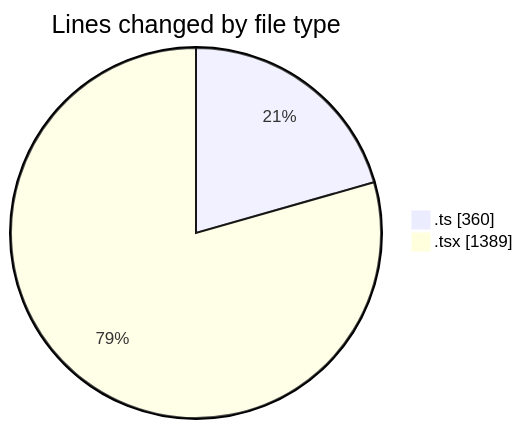
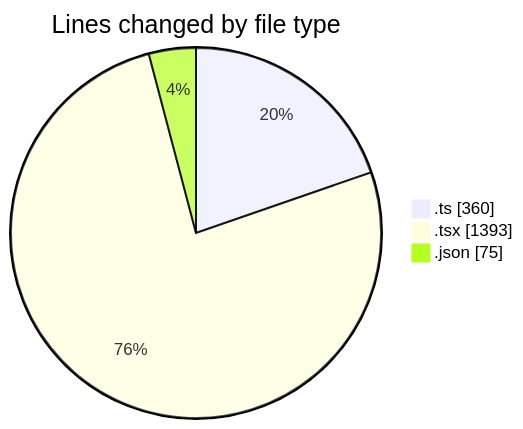
The first of 2 diagrams in 2025-01-27/termonied-web/README.md (robertbonfada/code-tracking), drawn with Mermaid before and after one commit. The commit also changed other lines of this file and 1 other file, not shown here.

````diff
--- a/2025-01-27/termonied-web/README.md
+++ b/2025-01-27/termonied-web/README.md
@@ -26,6 +27,7 @@
 ```mermaid
 pie showData
 title Lines changed by file type
 ".ts" : 360
-".tsx" : 1389
+".tsx" : 1393
+".json" : 75
 ```
````
